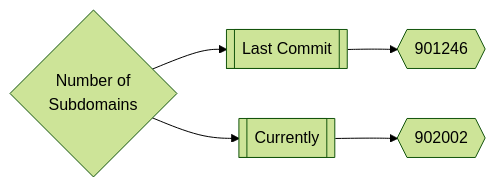
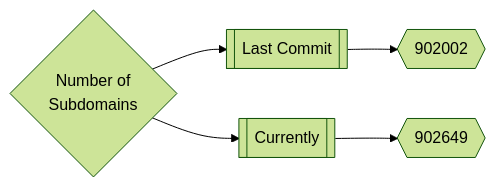
One commit to trickest/inventory changed the first of 3 diagrams in README.md. Above: the diagram before and after it, drawn with Mermaid (forest theme). The commit also changed other lines of this file, not shown here.

Commit message:
Update README.md Mon Jul 11 22:00:32 UTC 2022

````diff
--- a/README.md
+++ b/README.md
@@ -167,5 +167,5 @@
 ```mermaid
 graph LR
-title{Number of<br>Subdomains} --> subdomainsDate1[[Last Commit]] --> subdomainsNum1{{901246}}
-title --> subdomainsDate2[[Currently]] --> subdomainsNum2{{902002}}
+title{Number of<br>Subdomains} --> subdomainsDate1[[Last Commit]] --> subdomainsNum1{{902002}}
+title --> subdomainsDate2[[Currently]] --> subdomainsNum2{{902649}}
 ```
````
